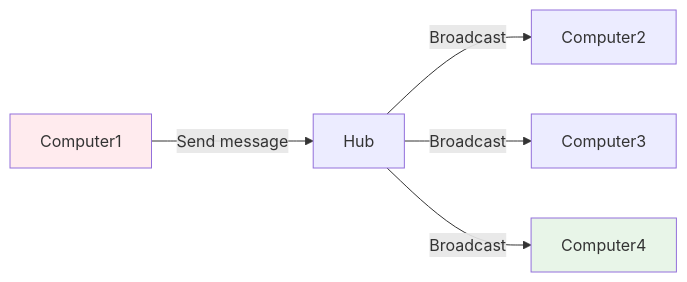
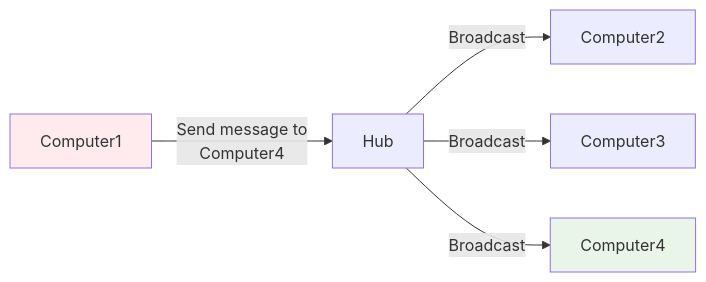
Before and after one commit to lawrence-innovative-tech/java: the diagram in Networking ccna (Cisco )/Fundamentals/LAN (Local Area Network).md, drawn with Mermaid.

Commit message:
vault backup: 2025-10-16 12:05:14

````diff
--- a/Networking ccna (Cisco )/Fundamentals/LAN (Local Area Network).md
+++ b/Networking ccna (Cisco )/Fundamentals/LAN (Local Area Network).md
@@ -16,10 +16,10 @@
 ```mermaid
 graph LR
-    c1[Computer1] -->|Send message| H[Hub]
+    c1[Computer1] -->|Send message to <br> Computer4| H[Hub]
     H -->|Broadcast| c2[Computer2]
     H -->|Broadcast| c3[Computer3]
     H -->|Broadcast| c4[Computer4]
     
     style c1 fill:#ffebee
     style c4 fill:#e8f5e8
 ```
````
